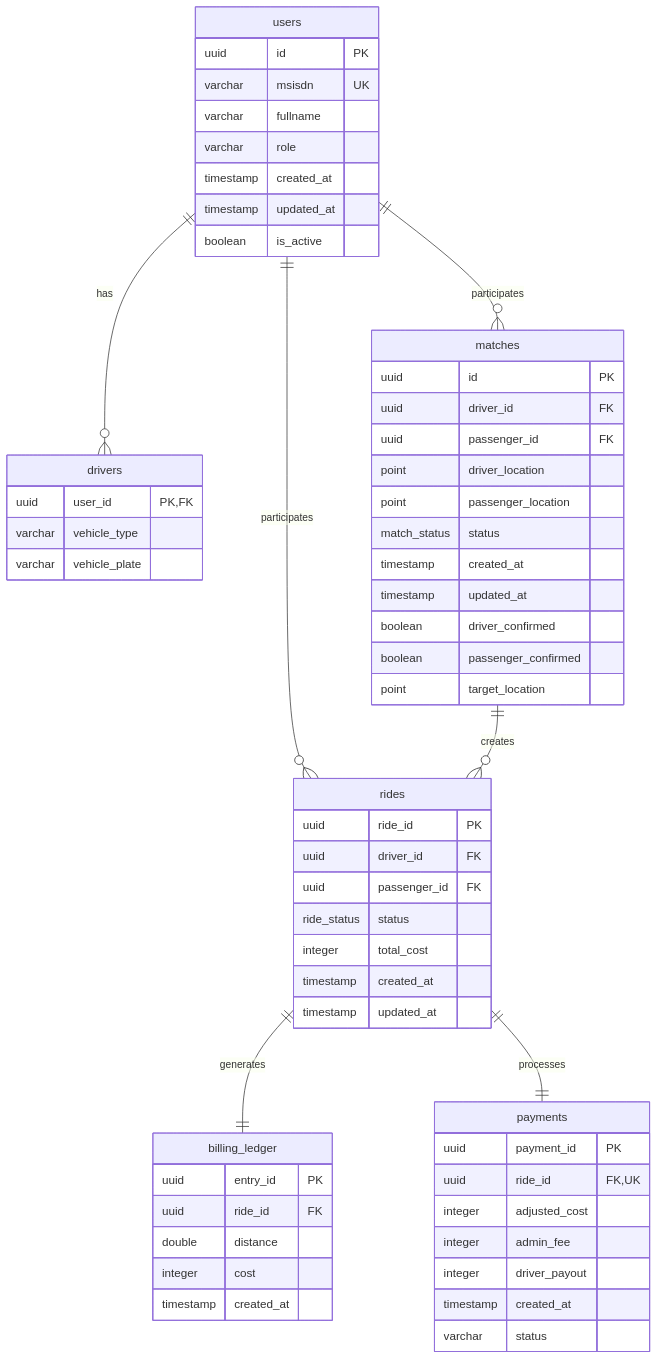
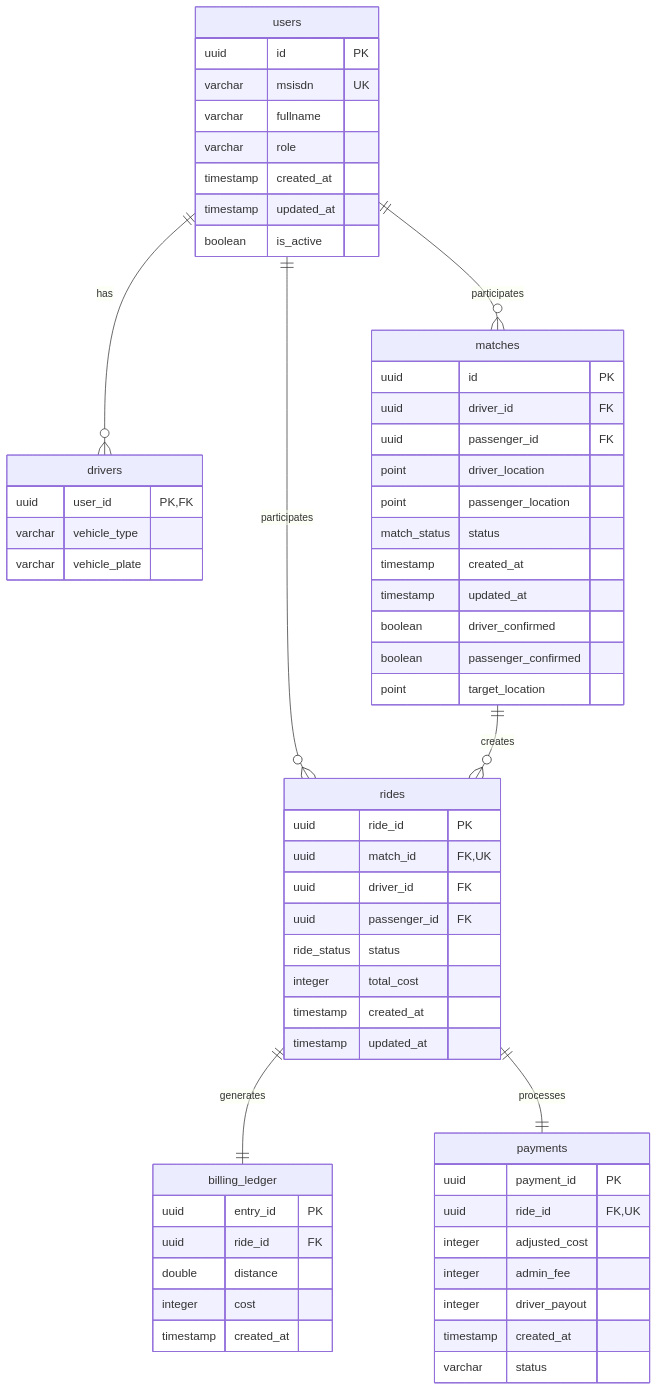
The diagram in docs/database-architecture.md (piresc/nebengjek), drawn with Mermaid before and after one commit. The commit also changed other lines of this file and 21 other files, not shown here.

````diff
--- a/docs/database-architecture.md
+++ b/docs/database-architecture.md
@@ -110,67 +113,68 @@
 ```mermaid
 erDiagram
     users ||--o{ drivers : "has"
     users ||--o{ matches : "participates"
     users ||--o{ rides : "participates"
     matches ||--o{ rides : "creates"
     rides ||--|| billing_ledger : "generates"
     rides ||--|| payments : "processes"
     
     users {
         uuid id PK
         varchar msisdn UK
         varchar fullname
         varchar role
         timestamp created_at
         timestamp updated_at
         boolean is_active
     }
     
     drivers {
         uuid user_id PK,FK
         varchar vehicle_type
         varchar vehicle_plate
     }
     
     matches {
         uuid id PK
         uuid driver_id FK
         uuid passenger_id FK
         point driver_location
         point passenger_location
         match_status status
         timestamp created_at
         timestamp updated_at
         boolean driver_confirmed
         boolean passenger_confirmed
         point target_location
     }
     
     rides {
         uuid ride_id PK
+        uuid match_id FK,UK
         uuid driver_id FK
         uuid passenger_id FK
         ride_status status
         integer total_cost
         timestamp created_at
         timestamp updated_at
     }
     
     billing_ledger {
         uuid entry_id PK
         uuid ride_id FK
         double distance
         integer cost
         timestamp created_at
     }
     
     payments {
         uuid payment_id PK
         uuid ride_id FK,UK
         integer adjusted_cost
         integer admin_fee
         integer driver_payout
         timestamp created_at
         varchar status
     }
 ```
````
